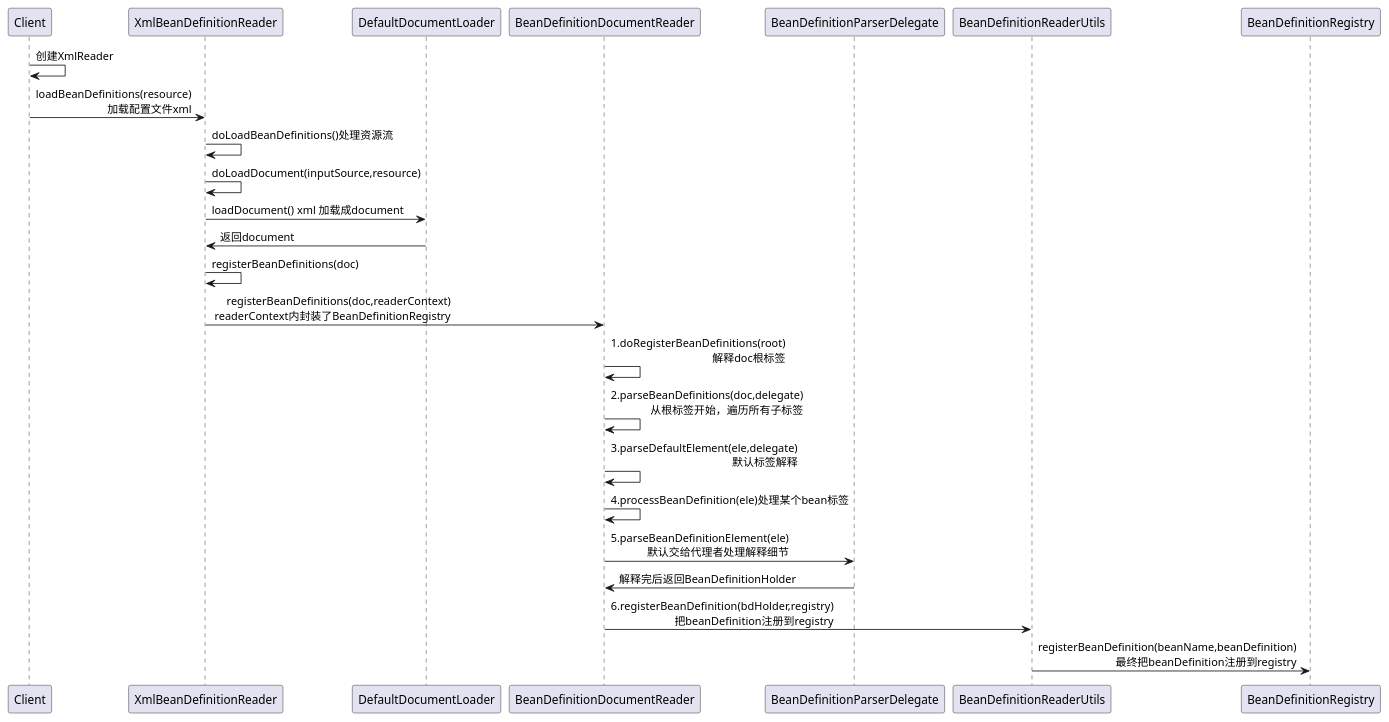
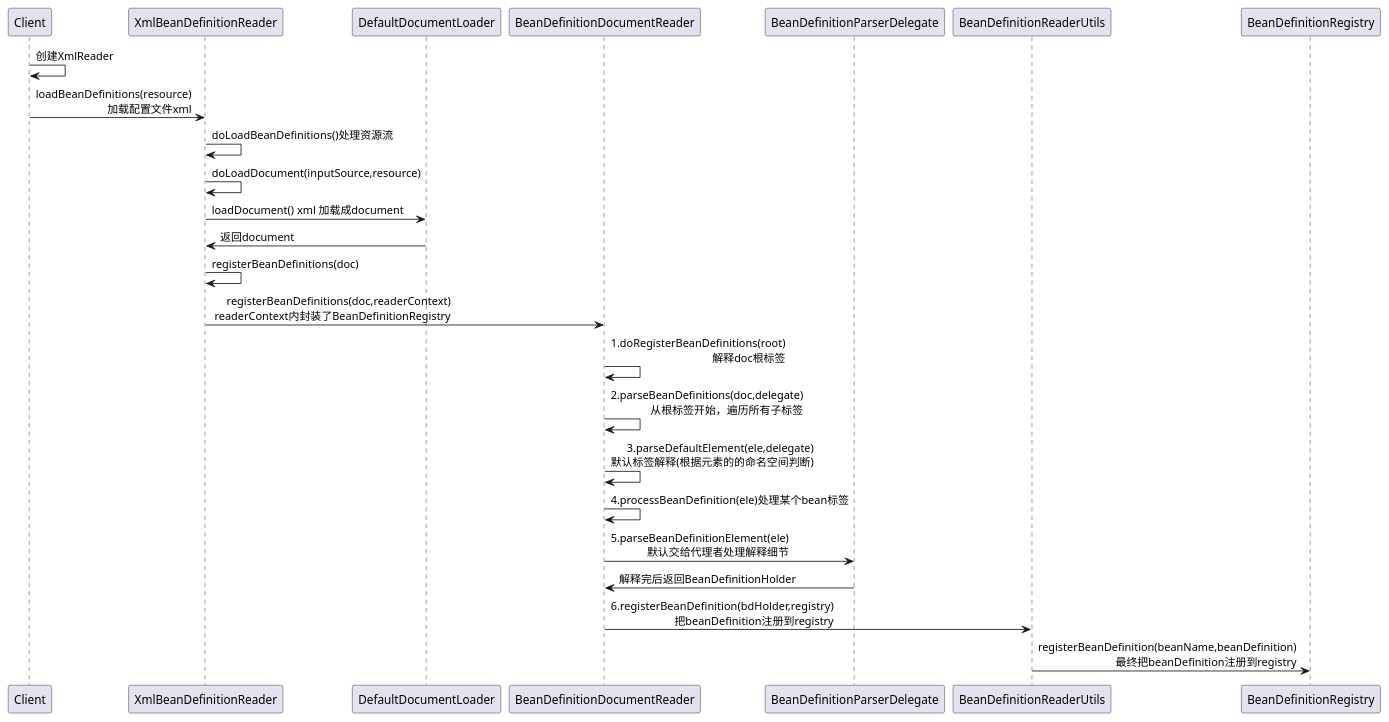
Before and after one commit to evefost/spring-src-study3: the diagram in spring-beans-src/sequece/xml-parser.puml, drawn with PlantUML. The commit also changed 13 other files, not shown here.

```diff
--- a/spring-beans-src/sequece/xml-parser.puml
+++ b/spring-beans-src/sequece/xml-parser.puml
@@ -2,18 +2,18 @@
 @startuml
 Client -> Client: 创建XmlReader
 Client -> XmlBeanDefinitionReader: loadBeanDefinitions(resource)\r加载配置文件xml
 XmlBeanDefinitionReader -> XmlBeanDefinitionReader: doLoadBeanDefinitions()处理资源流
 XmlBeanDefinitionReader -> XmlBeanDefinitionReader: doLoadDocument(inputSource,resource)
 XmlBeanDefinitionReader -> DefaultDocumentLoader: loadDocument() xml 加载成document
 DefaultDocumentLoader -> XmlBeanDefinitionReader: 返回document
 XmlBeanDefinitionReader -> XmlBeanDefinitionReader: registerBeanDefinitions(doc)
 XmlBeanDefinitionReader -> BeanDefinitionDocumentReader: registerBeanDefinitions(doc,readerContext)\r readerContext内封装了BeanDefinitionRegistry
 BeanDefinitionDocumentReader -> BeanDefinitionDocumentReader: 1.doRegisterBeanDefinitions(root)\r解释doc根标签
 BeanDefinitionDocumentReader -> BeanDefinitionDocumentReader: 2.parseBeanDefinitions(doc,delegate)\r从根标签开始，遍历所有子标签
-BeanDefinitionDocumentReader -> BeanDefinitionDocumentReader: 3.parseDefaultElement(ele,delegate)\r默认标签解释
+BeanDefinitionDocumentReader -> BeanDefinitionDocumentReader: 3.parseDefaultElement(ele,delegate)\r默认标签解释(根据元素的的命名空间判断)
 BeanDefinitionDocumentReader -> BeanDefinitionDocumentReader: 4.processBeanDefinition(ele)处理某个bean标签
 BeanDefinitionDocumentReader -> BeanDefinitionParserDelegate: 5.parseBeanDefinitionElement(ele)\r默认交给代理者处理解释细节
 BeanDefinitionParserDelegate -> BeanDefinitionDocumentReader: 解释完后返回BeanDefinitionHolder
 BeanDefinitionDocumentReader -> BeanDefinitionReaderUtils: 6.registerBeanDefinition(bdHolder,registry)\r把beanDefinition注册到registry
 BeanDefinitionReaderUtils -> BeanDefinitionRegistry: registerBeanDefinition(beanName,beanDefinition)\r最终把beanDefinition注册到registry
 @enduml
```
